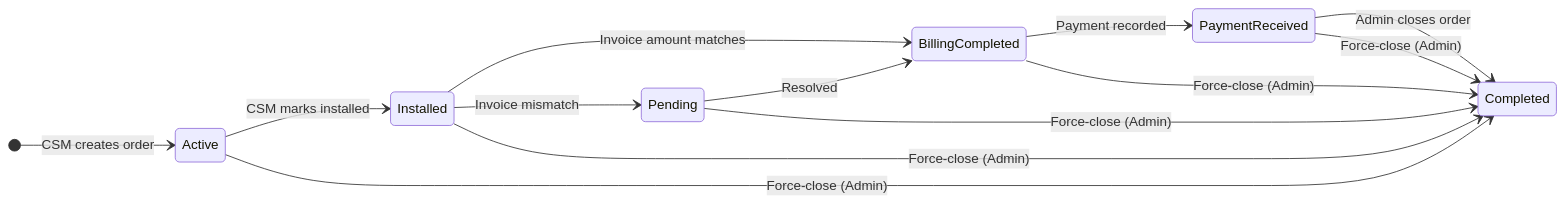
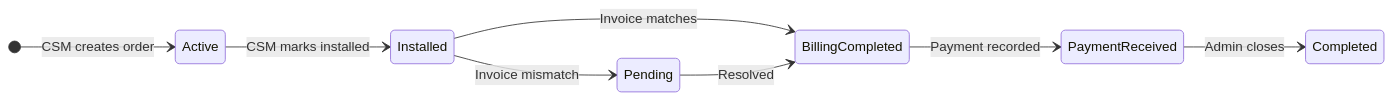
The first of 3 diagrams in README.md (im-notpranav/SaiBalajiDigitals), drawn with Mermaid before and after one commit. The commit also changed other lines of this file, not shown here.

````diff
--- a/README.md
+++ b/README.md
@@ -246,17 +85,11 @@
 ```mermaid
 stateDiagram-v2
     direction LR
     [*] --> Active : CSM creates order
     Active --> Installed : CSM marks installed
-    Installed --> BillingCompleted : Invoice amount matches
+    Installed --> BillingCompleted : Invoice matches
     Installed --> Pending : Invoice mismatch
     Pending --> BillingCompleted : Resolved
     BillingCompleted --> PaymentReceived : Payment recorded
-    PaymentReceived --> Completed : Admin closes order
-    
-    Active --> Completed : Force-close (Admin)
-    Installed --> Completed : Force-close (Admin)
-    BillingCompleted --> Completed : Force-close (Admin)
-    Pending --> Completed : Force-close (Admin)
-    PaymentReceived --> Completed : Force-close (Admin)
+    PaymentReceived --> Completed : Admin closes
 ```
````
